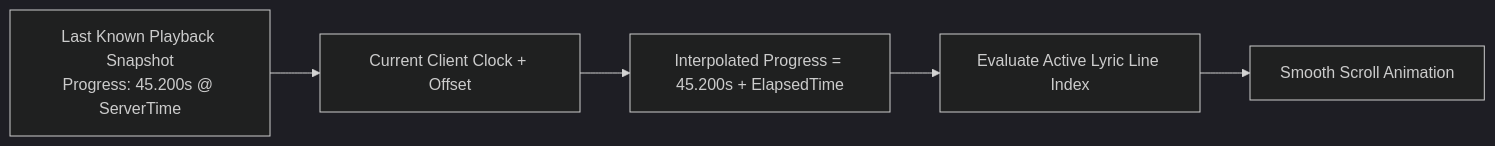
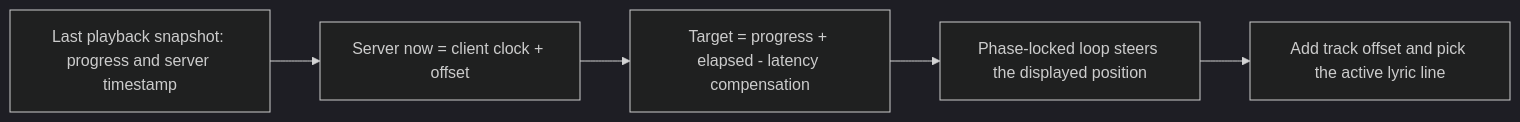
The second of 2 diagrams in docs/architecture/ntp-clock-sync.md (jav76/Cantus), drawn with Mermaid (dark theme) before and after one commit. The commit also changed other lines of this file and 8 other files, not shown here.

Commit message:
docs: correct architecture, theming and contributing pages against the code

````diff
--- a/docs/architecture/ntp-clock-sync.md
+++ b/docs/architecture/ntp-clock-sync.md
@@ -79,7 +77,7 @@
 ```mermaid
 flowchart LR
-    A["Last Known Playback Snapshot<br/>Progress: 45.200s @ ServerTime"] --> B["Current Client Clock + Offset"]
-    B --> C["Interpolated Progress = 45.200s + ElapsedTime"]
-    C --> D["Evaluate Active Lyric Line Index"]
-    D --> E["Smooth Scroll Animation"]
+    A["Last playback snapshot: progress and server timestamp"] --> B["Server now = client clock + offset"]
+    B --> C["Target = progress + elapsed - latency compensation"]
+    C --> D["Phase-locked loop steers the displayed position"]
+    D --> E["Add track offset and pick the active lyric line"]
 ```
````
